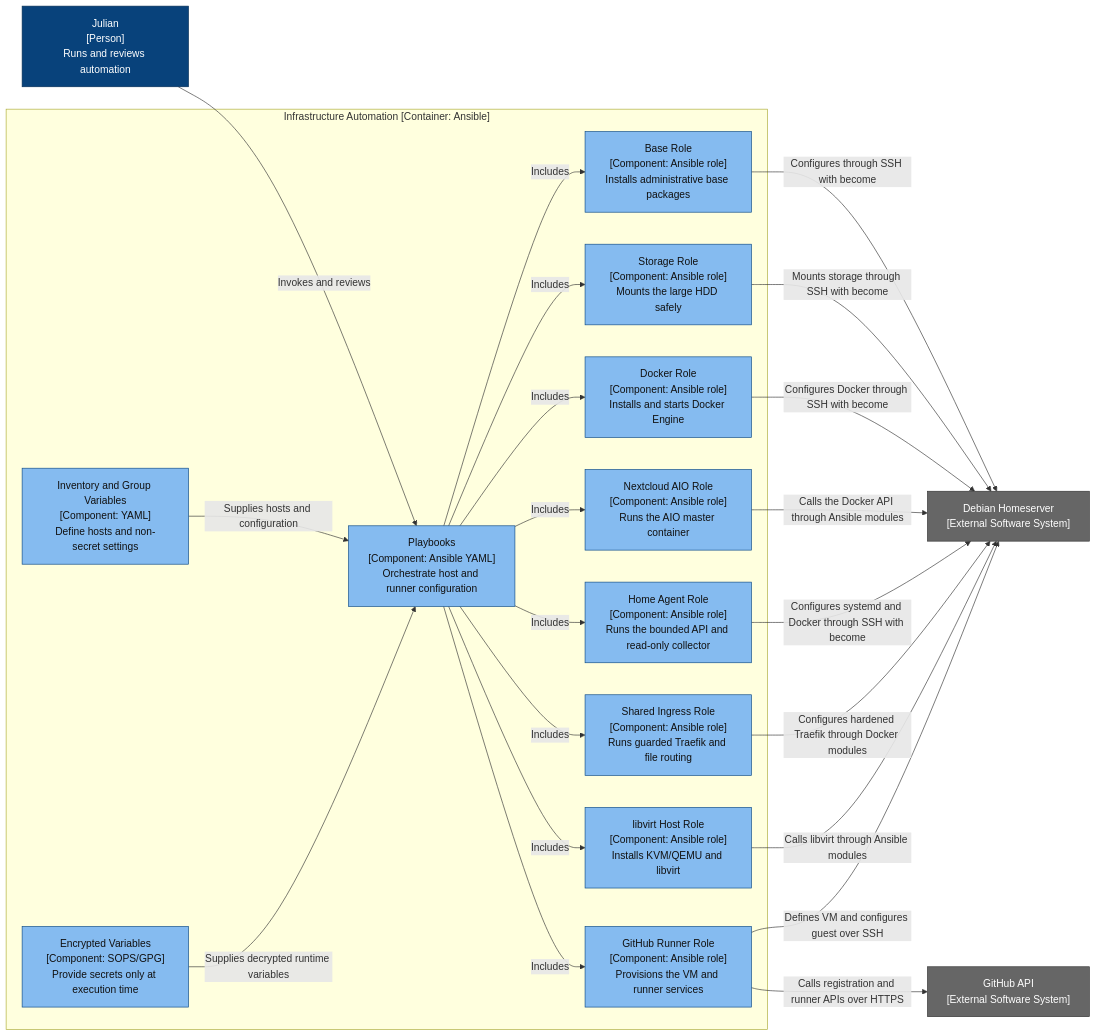
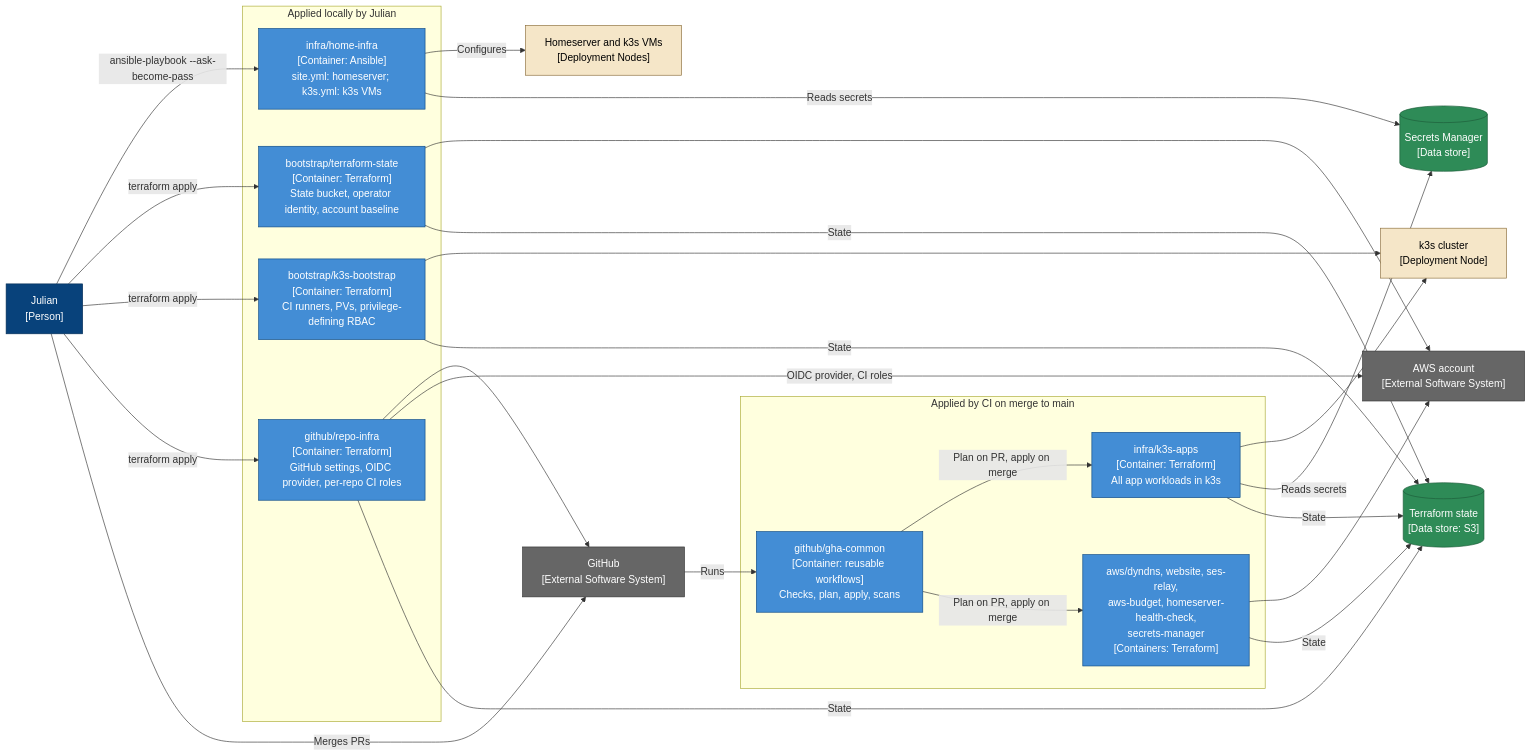
Before and after one commit to KandlerLi/home-infra-docs: the diagram in docs/architecture/current/component-home-infra.md, drawn with Mermaid. The commit also changed other lines of this file and 15 other files, not shown here.

````diff
--- a/docs/architecture/current/component-home-infra.md
+++ b/docs/architecture/current/component-home-infra.md
@@ -7,48 +8,51 @@
 ```mermaid
 flowchart LR
-    operator["Julian<br/>[Person]<br/>Runs and reviews automation"]
-    host["Debian Homeserver<br/>[External Software System]"]
-    github["GitHub API<br/>[External Software System]"]
+    julian["Julian<br/>[Person]"]
 
-    subgraph automation["Infrastructure Automation [Container: Ansible]"]
-        playbooks["Playbooks<br/>[Component: Ansible YAML]<br/>Orchestrate host and runner configuration"]
-        inventory["Inventory and Group Variables<br/>[Component: YAML]<br/>Define hosts and non-secret settings"]
-        secrets["Encrypted Variables<br/>[Component: SOPS/GPG]<br/>Provide secrets only at execution time"]
-        base["Base Role<br/>[Component: Ansible role]<br/>Installs administrative base packages"]
-        storage["Storage Role<br/>[Component: Ansible role]<br/>Mounts the large HDD safely"]
-        docker["Docker Role<br/>[Component: Ansible role]<br/>Installs and starts Docker Engine"]
-        nextcloud["Nextcloud AIO Role<br/>[Component: Ansible role]<br/>Runs the AIO master container"]
-        agent["Home Agent Role<br/>[Component: Ansible role]<br/>Runs the bounded API and read-only collector"]
-        ingress["Shared Ingress Role<br/>[Component: Ansible role]<br/>Runs guarded Traefik and file routing"]
-        libvirt["libvirt Host Role<br/>[Component: Ansible role]<br/>Installs KVM/QEMU and libvirt"]
-        runner["GitHub Runner Role<br/>[Component: Ansible role]<br/>Provisions the VM and runner services"]
+    subgraph local["Applied locally by Julian"]
+        ansible["infra/home-infra<br/>[Container: Ansible]<br/>site.yml: homeserver; k3s.yml: k3s VMs"]
+        tfstate["bootstrap/terraform-state<br/>[Container: Terraform]<br/>State bucket, operator identity, account baseline"]
+        k3sboot["bootstrap/k3s-bootstrap<br/>[Container: Terraform]<br/>CI runners, PVs, privilege-defining RBAC"]
+        repoinfra["github/repo-infra<br/>[Container: Terraform]<br/>GitHub settings, OIDC provider, per-repo CI roles"]
     end
 
-    operator -->|"Invokes and reviews"| playbooks
-    inventory -->|"Supplies hosts and configuration"| playbooks
-    secrets -->|"Supplies decrypted runtime variables"| playbooks
-    playbooks -->|"Includes"| base
-    playbooks -->|"Includes"| storage
-    playbooks -->|"Includes"| docker
-    playbooks -->|"Includes"| nextcloud
-    playbooks -->|"Includes"| agent
-    playbooks -->|"Includes"| ingress
-    playbooks -->|"Includes"| libvirt
-    playbooks -->|"Includes"| runner
-    base -->|"Configures through SSH with become"| host
-    storage -->|"Mounts storage through SSH with become"| host
-    docker -->|"Configures Docker through SSH with become"| host
-    nextcloud -->|"Calls the Docker API through Ansible modules"| host
-    agent -->|"Configures systemd and Docker through SSH with become"| host
-    ingress -->|"Configures hardened Traefik through Docker modules"| host
-    libvirt -->|"Calls libvirt through Ansible modules"| host
-    runner -->|"Calls registration and runner APIs over HTTPS"| github
-    runner -->|"Defines VM and configures guest over SSH"| host
+    subgraph ci["Applied by CI on merge to main"]
+        k3sapps["infra/k3s-apps<br/>[Container: Terraform]<br/>All app workloads in k3s"]
+        awsrepos["aws/dyndns, website, ses-relay,<br/>aws-budget, homeserver-health-check,<br/>secrets-manager<br/>[Containers: Terraform]"]
+        gha["github/gha-common<br/>[Container: reusable workflows]<br/>Checks, plan, apply, scans"]
+    end
+
+    homeserver["Homeserver and k3s VMs<br/>[Deployment Nodes]"]
+    cluster["k3s cluster<br/>[Deployment Node]"]
+    awsn["AWS account<br/>[External Software System]"]
+    githubn["GitHub<br/>[External Software System]"]
+    state[("Terraform state<br/>[Data store: S3]")]
+    secrets[("Secrets Manager<br/>[Data store]")]
+
+    julian -->|"ansible-playbook --ask-become-pass"| ansible
+    julian -->|"terraform apply"| tfstate & k3sboot & repoinfra
+    julian -->|"Merges PRs"| githubn
+    githubn -->|"Runs"| gha
+    gha -->|"Plan on PR, apply on merge"| k3sapps & awsrepos
+    ansible -->|"Configures"| homeserver
+    ansible -->|"Reads secrets"| secrets
+    k3sboot --> cluster
+    k3sapps --> cluster
+    k3sapps -->|"Reads secrets"| secrets
+    repoinfra --> githubn
+    repoinfra -->|"OIDC provider, CI roles"| awsn
+    awsrepos --> awsn
+    tfstate --> awsn
+    tfstate & k3sboot & repoinfra & k3sapps & awsrepos -->|"State"| state
 
     classDef person fill:#08427b,color:#fff,stroke:#052e56
     classDef external fill:#666,color:#fff,stroke:#333
-    classDef component fill:#85bbf0,color:#111,stroke:#0b4884
-    class operator person
-    class host,github external
-    class playbooks,inventory,secrets,base,storage,docker,nextcloud,agent,ingress,libvirt,runner component
+    classDef container fill:#438dd5,color:#fff,stroke:#0b4884
+    classDef datastore fill:#2e8b57,color:#fff,stroke:#1d5c3a
+    classDef node fill:#f5e6c8,color:#000,stroke:#8a6d3b
+    class julian person
+    class awsn,githubn external
+    class ansible,tfstate,k3sboot,repoinfra,k3sapps,awsrepos,gha container
+    class state,secrets datastore
+    class homeserver,cluster node
 ```
````
